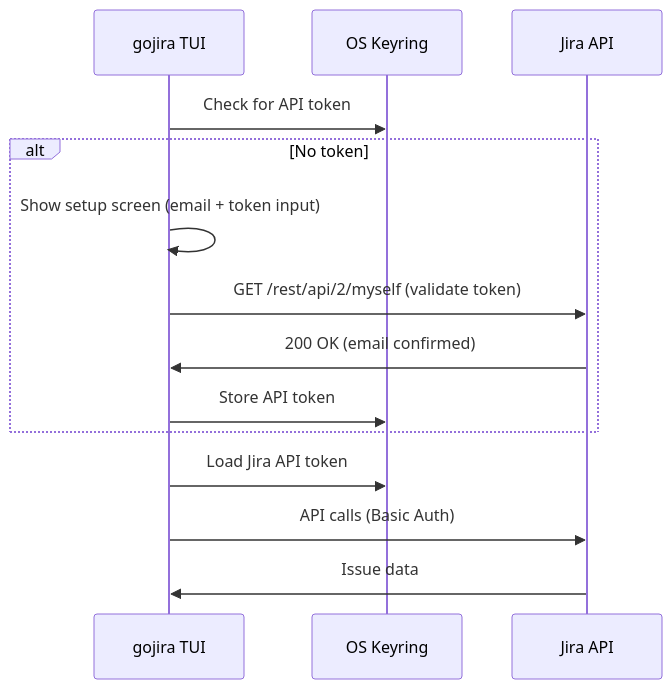
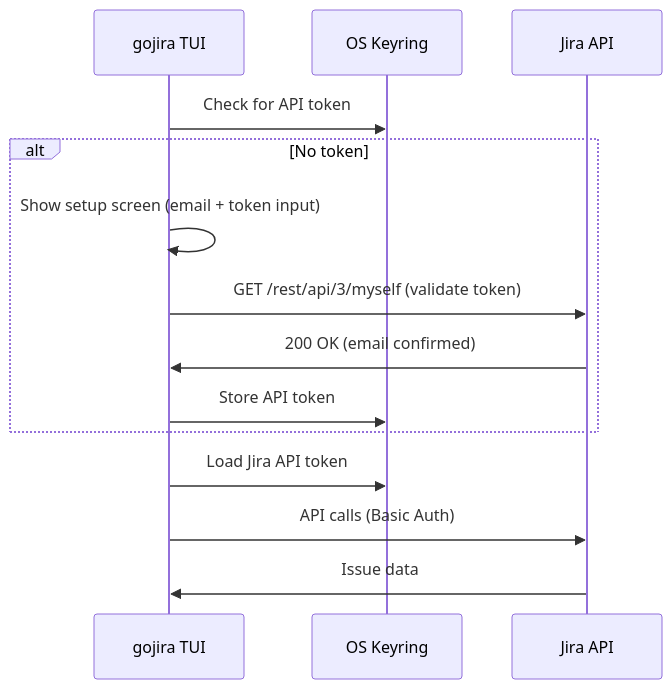
Before and after one commit to stainedhead/gojira-tmux: the second of 4 diagrams in documentation/technical-details.md, drawn with Mermaid. The commit also changed other lines of this file and 31 other files, not shown here.

First line of the commit message:
feat: migrate to Jira REST API v3 and unify configuration structure

````diff
--- a/documentation/technical-details.md
+++ b/documentation/technical-details.md
@@ -87,18 +87,18 @@
 ```mermaid
 sequenceDiagram
     participant TUI as gojira TUI
     participant Keyring as OS Keyring
     participant Jira as Jira API
 
     TUI->>Keyring: Check for API token
     alt No token
         TUI->>TUI: Show setup screen (email + token input)
-        TUI->>Jira: GET /rest/api/2/myself (validate token)
+        TUI->>Jira: GET /rest/api/3/myself (validate token)
         Jira->>TUI: 200 OK (email confirmed)
         TUI->>Keyring: Store API token
     end
 
     TUI->>Keyring: Load Jira API token
     TUI->>Jira: API calls (Basic Auth)
     Jira->>TUI: Issue data
 ```
````
